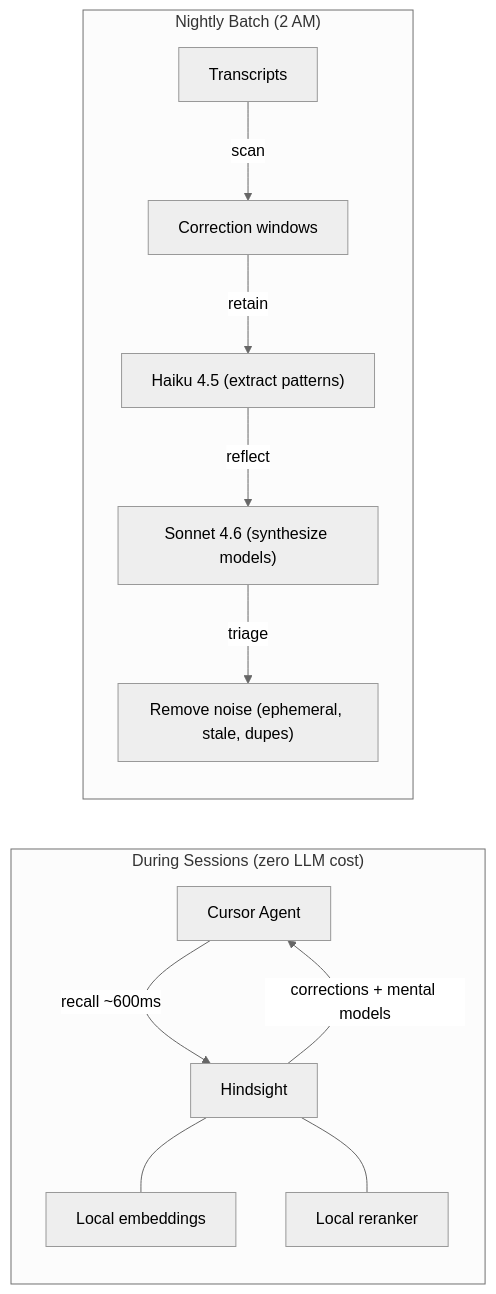
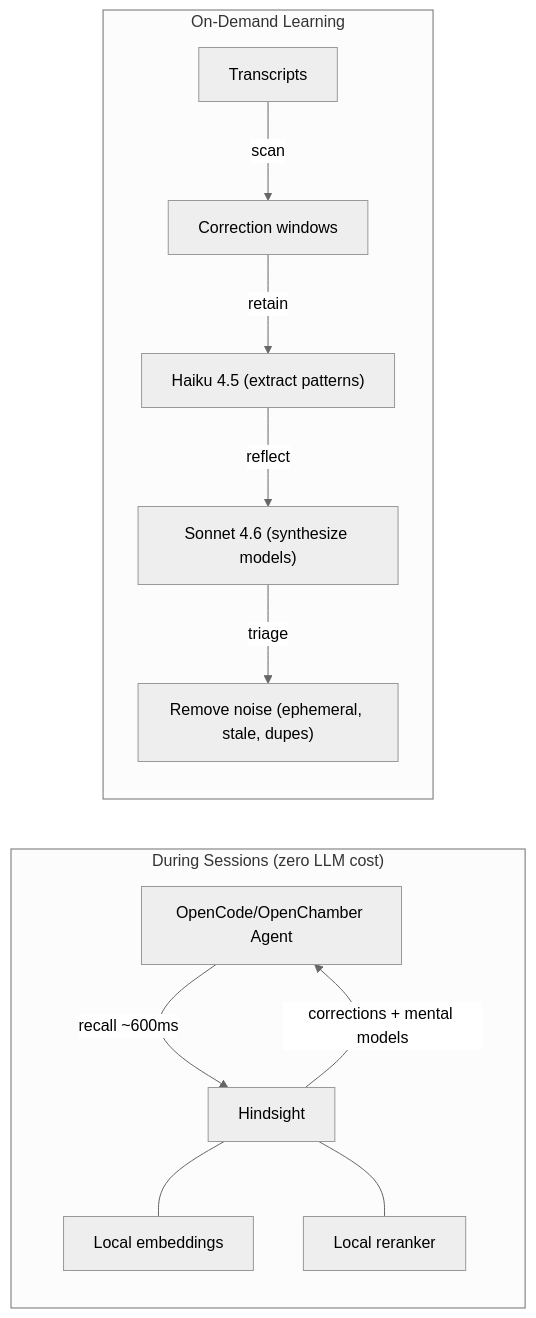
Before and after one commit to jordigilh/engram: the first of 4 diagrams in docs/README.md, drawn with Mermaid (neutral theme). The commit also changed other lines of this file and 12 other files, not shown here.

````diff
--- a/docs/README.md
+++ b/docs/README.md
@@ -24,16 +24,16 @@
 ```mermaid
 flowchart LR
     subgraph session["During Sessions (zero LLM cost)"]
-        A[Cursor Agent] -->|recall ~600ms| B[Hindsight]
+        A[OpenCode/OpenChamber Agent] -->|recall ~600ms| B[Hindsight]
         B -->|"corrections + mental models"| A
         B --- emb[Local embeddings]
         B --- rnk[Local reranker]
     end
 
-    subgraph nightly["Nightly Batch (2 AM)"]
+    subgraph maintenance["On-Demand Learning"]
         C[Transcripts] -->|scan| D[Correction windows]
         D -->|retain| E["Haiku 4.5 (extract patterns)"]
         E -->|reflect| F["Sonnet 4.6 (synthesize models)"]
         F -->|triage| G["Remove noise (ephemeral, stale, dupes)"]
     end
 ```
````
